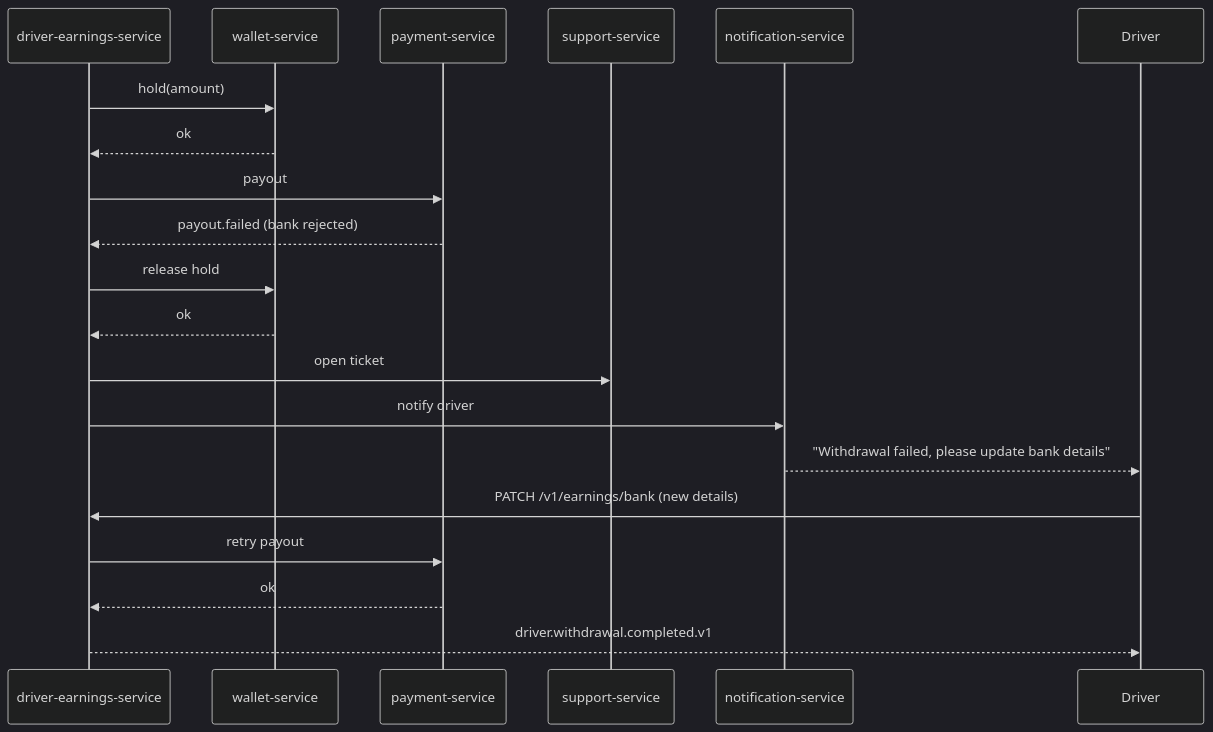
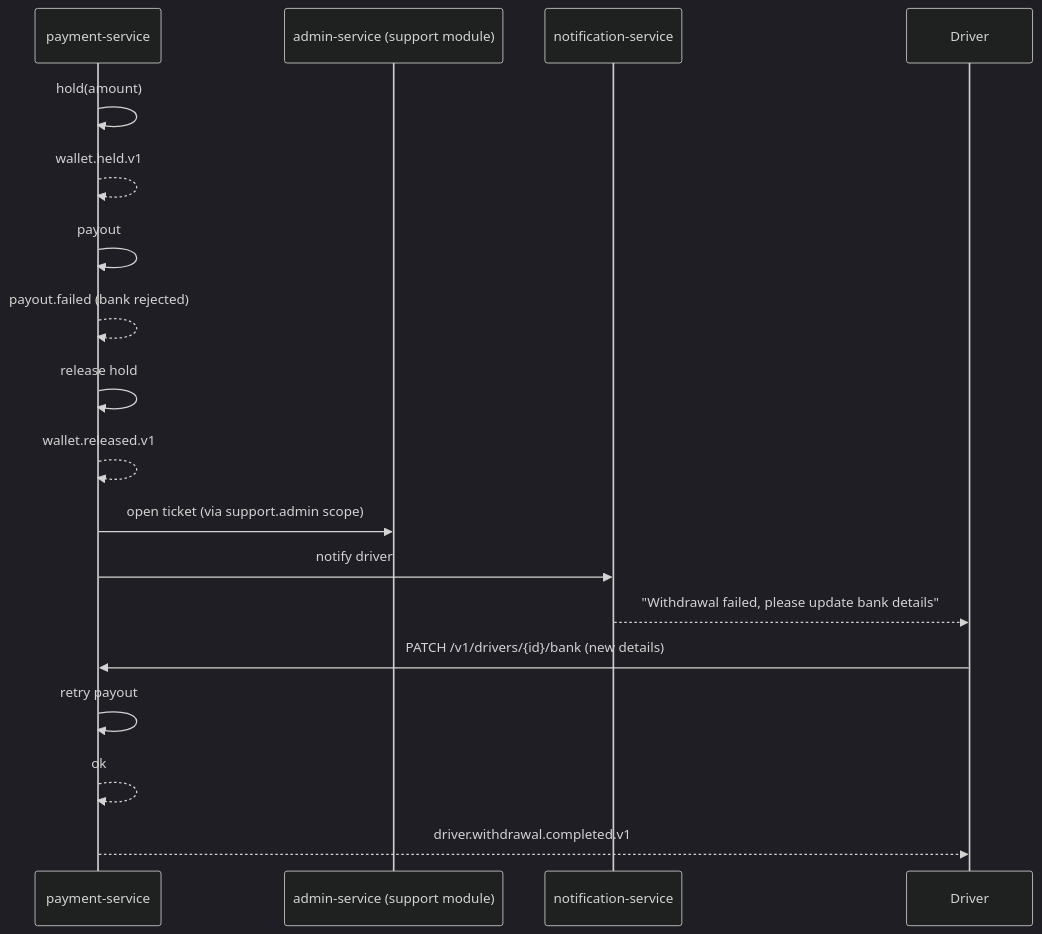
One commit to mohamedhabibwork/trips-enjoy-docs changed the eighth of 10 diagrams in docs/workflows/DRIVER_WORKFLOWS.md. Above: the diagram before and after it, drawn with Mermaid (dark theme). The commit also changed other lines of this file and 525 other files, not shown here.

````diff
--- a/docs/workflows/DRIVER_WORKFLOWS.md
+++ b/docs/workflows/DRIVER_WORKFLOWS.md
@@ -165,23 +164,21 @@
 ```mermaid
 sequenceDiagram
-    participant DE as driver-earnings-service
-    participant WLT as wallet-service
     participant PAY as payment-service
-    participant SUP as support-service
+    participant ADM as admin-service (support module)
     participant NOT as notification-service
     participant DR as Driver
 
-    DE->>WLT: hold(amount)
-    WLT-->>DE: ok
-    DE->>PAY: payout
-    PAY-->>DE: payout.failed (bank rejected)
-    DE->>WLT: release hold
-    WLT-->>DE: ok
-    DE->>SUP: open ticket
-    DE->>NOT: notify driver
+    PAY->>PAY: hold(amount)
+    PAY-->>PAY: wallet.held.v1
+    PAY->>PAY: payout
+    PAY-->>PAY: payout.failed (bank rejected)
+    PAY->>PAY: release hold
+    PAY-->>PAY: wallet.released.v1
+    PAY->>ADM: open ticket (via support.admin scope)
+    PAY->>NOT: notify driver
     NOT-->>DR: "Withdrawal failed, please update bank details"
-    DR->>DE: PATCH /v1/earnings/bank (new details)
-    DE->>PAY: retry payout
-    PAY-->>DE: ok
-    DE-->>DR: driver.withdrawal.completed.v1
+    DR->>PAY: PATCH /v1/drivers/{id}/bank (new details)
+    PAY->>PAY: retry payout
+    PAY-->>PAY: ok
+    PAY-->>DR: driver.withdrawal.completed.v1
 ```
````
